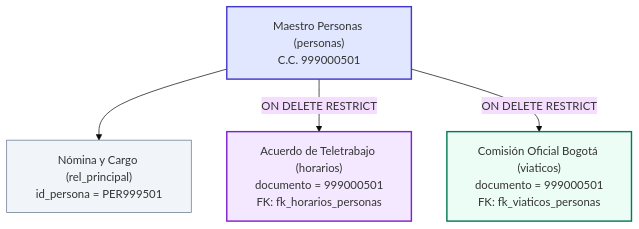
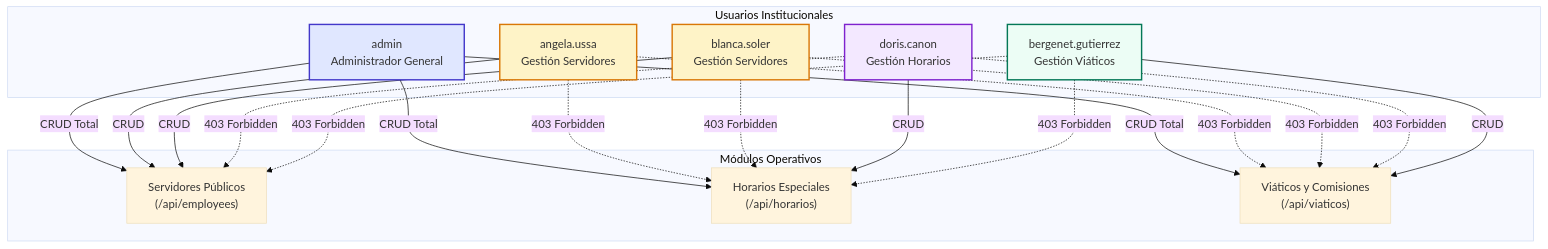
The diagram in INFORME_CONSOLIDADO_PRUEBAS_E2E_TALENTO360.md (JuanEstebanSilva/talentoHumano360), drawn with Mermaid (base theme) before and after one commit. The commit also changed other lines of this file and 13 other files, not shown here.

````diff
--- a/INFORME_CONSOLIDADO_PRUEBAS_E2E_TALENTO360.md
+++ b/INFORME_CONSOLIDADO_PRUEBAS_E2E_TALENTO360.md
@@ -154,16 +145,42 @@
 ```mermaid
 flowchart TD
-    P["Maestro Personas (personas)<br>C.C. 999000501"]
-    R["Nómina y Cargo (rel_principal)<br>id_persona = PER999501"]
-    H["Acuerdo de Teletrabajo (horarios)<br>documento = 999000501<br>FK: fk_horarios_personas"]
-    V["Comisión Oficial Bogotá (viaticos)<br>documento = 999000501<br>FK: fk_viaticos_personas"]
+    subgraph Roles["Usuarios Institucionales"]
+        ADM["admin<br>Administrador General"]
+        ANG["angela.ussa<br>Gestión Servidores"]
+        BLA["blanca.soler<br>Gestión Servidores"]
+        DOR["doris.canon<br>Gestión Horarios"]
+        BER["bergenet.gutierrez<br>Gestión Viáticos"]
+    end
 
-    P --> R
-    P -->|ON DELETE RESTRICT| H
-    P -->|ON DELETE RESTRICT| V
+    subgraph Modulos["Módulos Operativos"]
+        SP["Servidores Públicos<br>(/api/employees)"]
+        HO["Horarios Especiales<br>(/api/horarios)"]
+        VI["Viáticos y Comisiones<br>(/api/viaticos)"]
+    end
 
-    style P fill:#e0e7ff,stroke:#4338ca,stroke-width:2px;
-    style R fill:#f1f5f9,stroke:#64748b,stroke-width:1px;
-    style H fill:#f3e8ff,stroke:#7e22ce,stroke-width:2px;
-    style V fill:#ecfdf5,stroke:#047857,stroke-width:2px;
+    ADM -->|CRUD Total| SP
+    ADM -->|CRUD Total| HO
+    ADM -->|CRUD Total| VI
+
+    ANG -->|CRUD| SP
+    ANG -.->|403 Forbidden| HO
+    ANG -.->|403 Forbidden| VI
+
+    BLA -->|CRUD| SP
+    BLA -.->|403 Forbidden| HO
+    BLA -.->|403 Forbidden| VI
+
+    DOR -.->|403 Forbidden| SP
+    DOR -->|CRUD| HO
+    DOR -.->|403 Forbidden| VI
+
+    BER -.->|403 Forbidden| SP
+    BER -.->|403 Forbidden| HO
+    BER -->|CRUD| VI
+
+    style ADM fill:#e0e7ff,stroke:#4338ca,stroke-width:2px;
+    style ANG fill:#fef3c7,stroke:#d97706,stroke-width:2px;
+    style BLA fill:#fef3c7,stroke:#d97706,stroke-width:2px;
+    style DOR fill:#f3e8ff,stroke:#7e22ce,stroke-width:2px;
+    style BER fill:#ecfdf5,stroke:#047857,stroke-width:2px;
 ```
````
